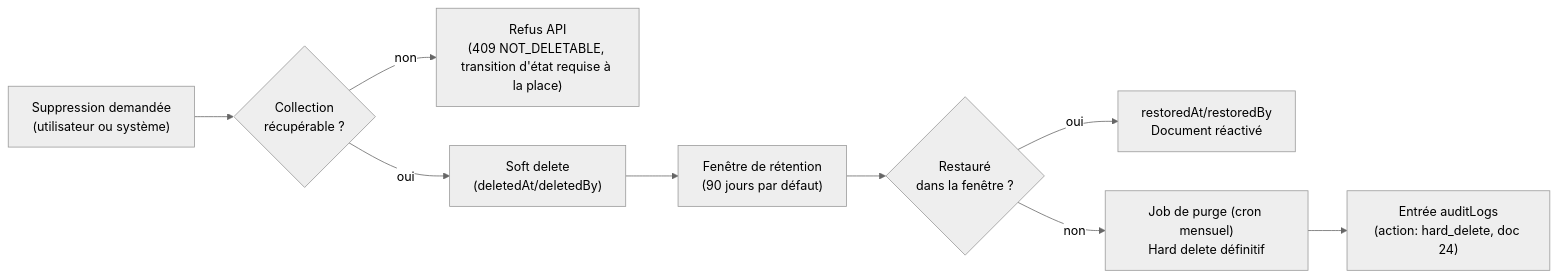
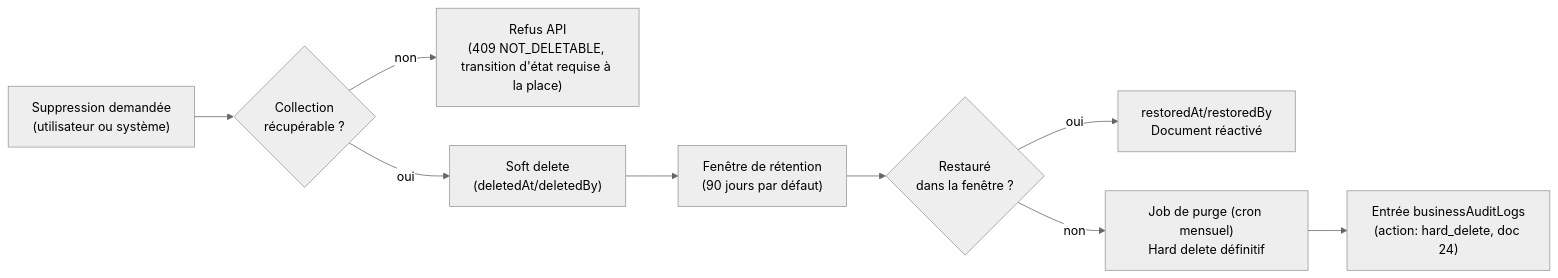
Before and after one commit to EricAZ99/quick_table_new_version: the diagram in docs/architecture/23-soft-delete-policy.md, drawn with Mermaid (neutral theme). The commit also changed other lines of this file and 14 other files, not shown here.

````diff
--- a/docs/architecture/23-soft-delete-policy.md
+++ b/docs/architecture/23-soft-delete-policy.md
@@ -30,11 +30,11 @@
 ```mermaid
 flowchart LR
     A["Suppression demandée\n(utilisateur ou système)"] --> B{"Collection\nrécupérable ?"}
     B -- non --> C["Refus API\n(409 NOT_DELETABLE, transition d'état requise à la place)"]
     B -- oui --> D["Soft delete\n(deletedAt/deletedBy)"]
     D --> E["Fenêtre de rétention\n(90 jours par défaut)"]
     E --> F{"Restauré\ndans la fenêtre ?"}
     F -- oui --> G["restoredAt/restoredBy\nDocument réactivé"]
     F -- non --> H["Job de purge (cron mensuel)\nHard delete définitif"]
-    H --> I["Entrée auditLogs\n(action: hard_delete, doc 24)"]
+    H --> I["Entrée businessAuditLogs\n(action: hard_delete, doc 24)"]
 ```
````
